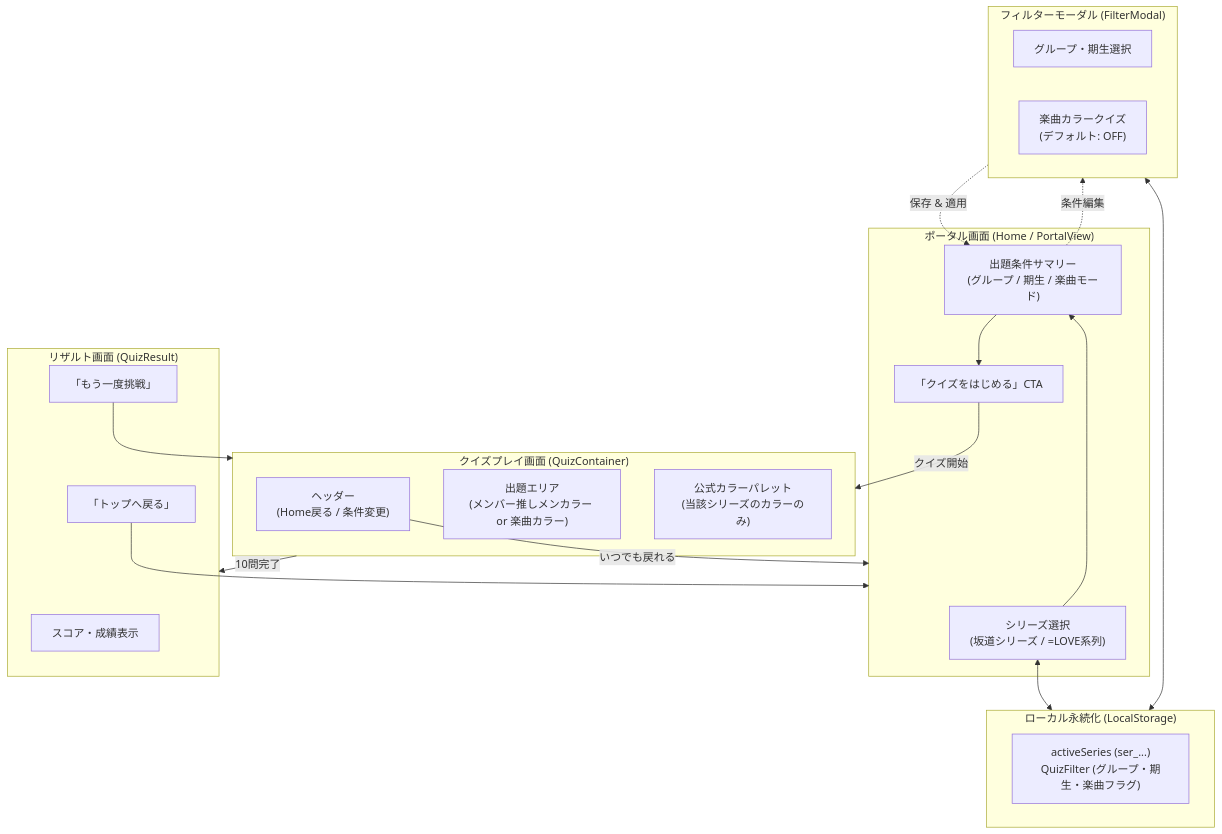
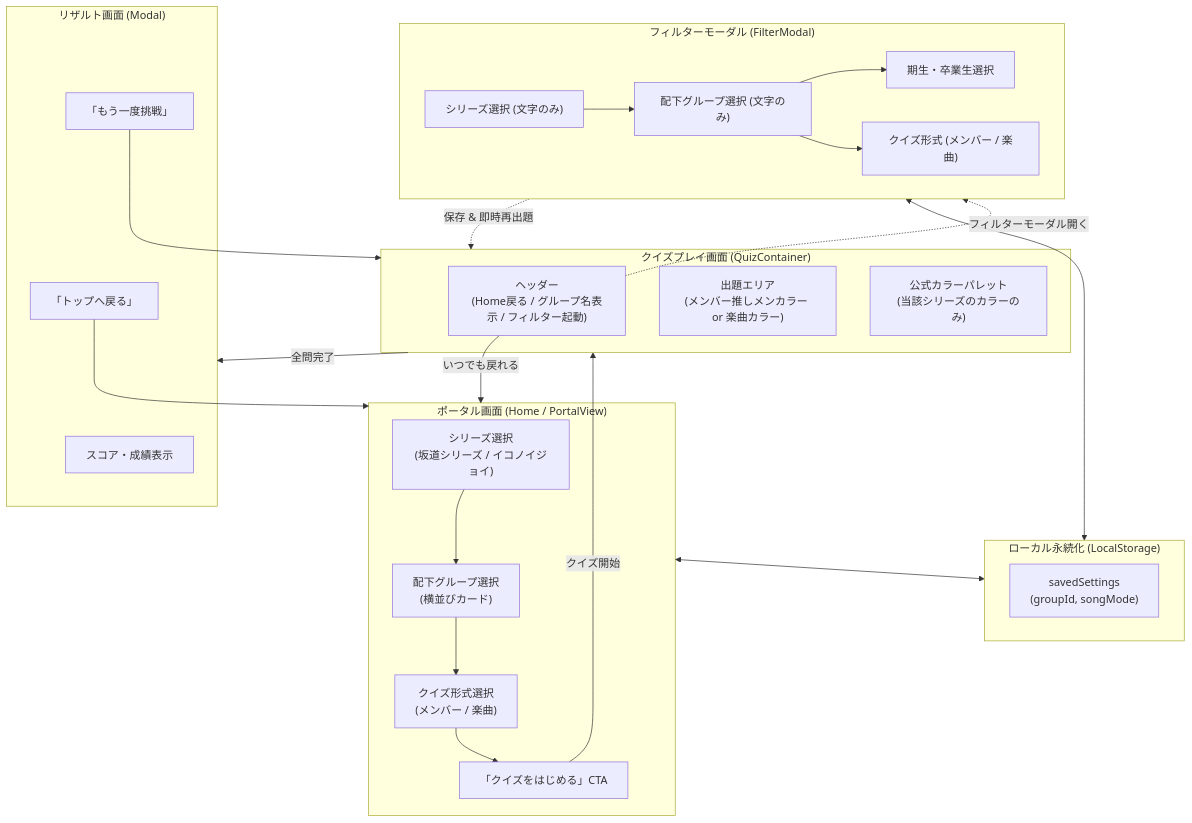
The second of 2 diagrams in docs/notes/09_multi_series_and_song_quiz_roadmap.md (AobaIwaki123/penlight-v2), drawn with Mermaid before and after one commit. The commit also changed other lines of this file and 7 other files, not shown here.

First line of the commit message:
docs: update note09 roadmap to completed and synchronize ADRs with UI decisions (#29)

````diff
--- a/docs/notes/09_multi_series_and_song_quiz_roadmap.md
+++ b/docs/notes/09_multi_series_and_song_quiz_roadmap.md
@@ -150,43 +145,51 @@
   ```mermaid
   flowchart TD
       subgraph Portal["ポータル画面 (Home / PortalView)"]
-          SeriesSelect["シリーズ選択<br/>(坂道シリーズ / =LOVE系列)"]
-          FilterSummary["出題条件サマリー<br/>(グループ / 期生 / 楽曲モード)"]
+          SeriesSelect["シリーズ選択<br/>(坂道シリーズ / イコノイジョイ)"]
+          GroupSelect["配下グループ選択<br/>(横並びカード)"]
+          ModeSelect["クイズ形式選択<br/>(メンバー / 楽曲)"]
           StartBtn["「クイズをはじめる」CTA"]
 
-          SeriesSelect --> FilterSummary
-          FilterSummary --> StartBtn
+          SeriesSelect --> GroupSelect
+          GroupSelect --> ModeSelect
+          ModeSelect --> StartBtn
       end
 
       subgraph Modal["フィルターモーダル (FilterModal)"]
-          GroupGen["グループ・期生選択"]
-          SongToggle["楽曲カラークイズ<br/>(デフォルト: OFF)"]
+          ModalSeries["シリーズ選択 (文字のみ)"]
+          ModalGroup["配下グループ選択 (文字のみ)"]
+          ModalGens["期生・卒業生選択"]
+          ModalSongToggle["クイズ形式 (メンバー / 楽曲)"]
+
+          ModalSeries --> ModalGroup
+          ModalGroup --> ModalGens
+          ModalGroup --> ModalSongToggle
       end
 
       subgraph Quiz["クイズプレイ画面 (QuizContainer)"]
-          HeaderNav["ヘッダー<br/>(Home戻る / 条件変更)"]
+          HeaderNav["ヘッダー<br/>(Home戻る / グループ名表示 / フィルター起動)"]
           QuizArea["出題エリア<br/>(メンバー推しメンカラー or 楽曲カラー)"]
           Palette["公式カラーパレット<br/>(当該シリーズのカラーのみ)"]
       end
 
-      subgraph Result["リザルト画面 (QuizResult)"]
+      subgraph Result["リザルト画面 (Modal)"]
           Score["スコア・成績表示"]
           RetryBtn["「もう一度挑戦」"]
           HomeBtn["「トップへ戻る」"]
       end
 
       subgraph Storage["ローカル永続化 (LocalStorage)"]
-          State["activeSeries (ser_...)<br/>QuizFilter (グループ・期生・楽曲フラグ)"]
+          State["savedSettings<br/>(groupId, songMode)"]
       end
 
-      FilterSummary -.->|"条件編集"| Modal
-      Modal -.->|"保存 & 適用"| FilterSummary
       StartBtn -->|"クイズ開始"| Quiz
-      Quiz -->|"10問完了"| Result
+      HeaderNav -.->|"フィルターモーダル開く"| Modal
+      Modal -.->|"保存 & 即時再出題"| Quiz
+      Quiz -->|"全問完了"| Result
       HeaderNav -->|"いつでも戻れる"| Portal
       HomeBtn --> Portal
       RetryBtn --> Quiz
 
-      SeriesSelect <--> Storage
+      Portal <--> Storage
       Modal <--> Storage
   ```
````
